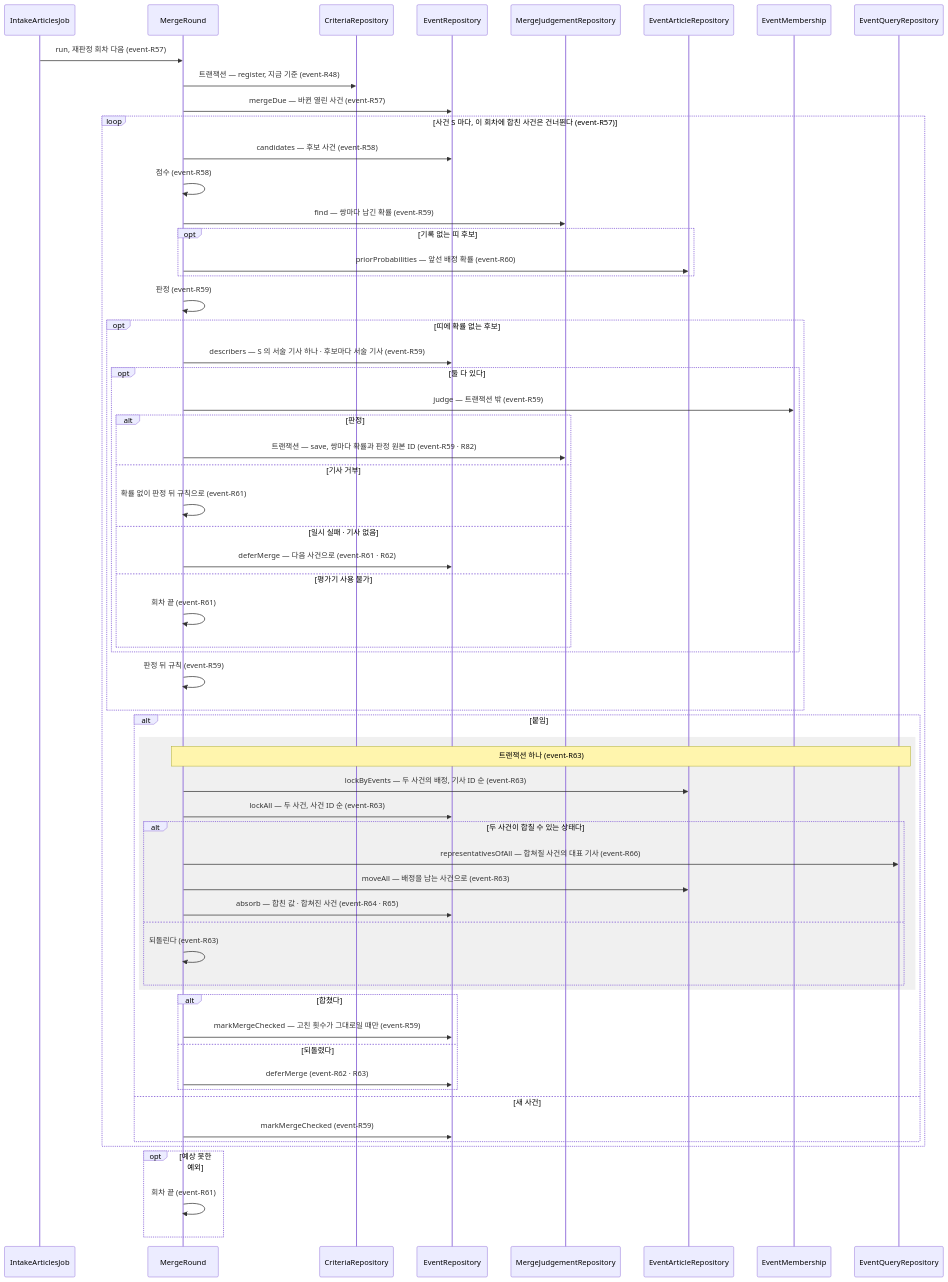
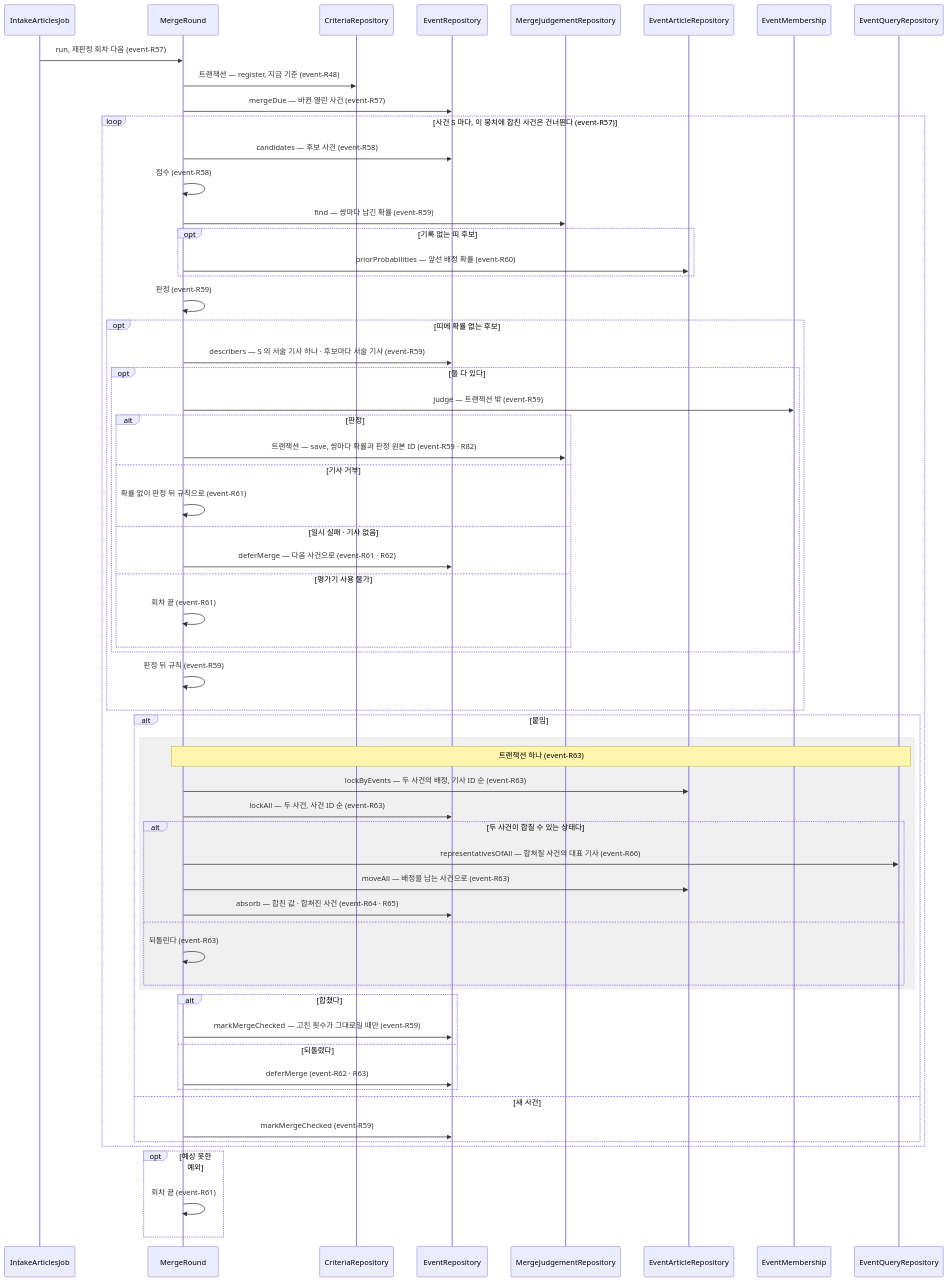
The fourth of 6 diagrams in docs/specs/event.md (Theia0382/yozm-news), drawn with Mermaid before and after one commit. The commit also changed other lines of this file and 21 other files, not shown here.

````diff
--- a/docs/specs/event.md
+++ b/docs/specs/event.md
@@ -535,64 +551,64 @@
 ```mermaid
 sequenceDiagram
     participant J as IntakeArticlesJob
     participant R as MergeRound
     participant C as CriteriaRepository
     participant V as EventRepository
     participant G as MergeJudgementRepository
     participant B as EventArticleRepository
     participant M as EventMembership
     participant Y as EventQueryRepository
 
     J->>R: run, 재판정 회차 다음 (event-R57)
     R->>C: 트랜잭션 — register, 지금 기준 (event-R48)
     R->>V: mergeDue — 바뀐 열린 사건 (event-R57)
-    loop 사건 S 마다, 이 회차에 합친 사건은 건너뛴다 (event-R57)
+    loop 사건 S 마다, 이 뭉치에 합친 사건은 건너뛴다 (event-R57)
         R->>V: candidates — 후보 사건 (event-R58)
         R->>R: 점수 (event-R58)
         R->>G: find — 쌍마다 남긴 확률 (event-R59)
         opt 기록 없는 띠 후보
             R->>B: priorProbabilities — 앞선 배정 확률 (event-R60)
         end
         R->>R: 판정 (event-R59)
         opt 띠에 확률 없는 후보
             R->>V: describers — S 의 서술 기사 하나 · 후보마다 서술 기사 (event-R59)
             opt 둘 다 있다
                 R->>M: judge — 트랜잭션 밖 (event-R59)
                 alt 판정
                     R->>G: 트랜잭션 — save, 쌍마다 확률과 판정 원본 ID (event-R59 · R82)
                 else 기사 거부
                     R->>R: 확률 없이 판정 뒤 규칙으로 (event-R61)
                 else 일시 실패 · 기사 없음
                     R->>V: deferMerge — 다음 사건으로 (event-R61 · R62)
                 else 평가기 사용 불가
                     R->>R: 회차 끝 (event-R61)
                 end
             end
             R->>R: 판정 뒤 규칙 (event-R59)
         end
         alt 붙임
             rect rgba(128, 128, 128, 0.12)
             Note over R,Y: 트랜잭션 하나 (event-R63)
             R->>B: lockByEvents — 두 사건의 배정, 기사 ID 순 (event-R63)
             R->>V: lockAll — 두 사건, 사건 ID 순 (event-R63)
             alt 두 사건이 합칠 수 있는 상태다
                 R->>Y: representativesOfAll — 합쳐질 사건의 대표 기사 (event-R66)
                 R->>B: moveAll — 배정을 남는 사건으로 (event-R63)
                 R->>V: absorb — 합친 값 · 합쳐진 사건 (event-R64 · R65)
             else
                 R->>R: 되돌린다 (event-R63)
             end
             end
             alt 합쳤다
                 R->>V: markMergeChecked — 고친 횟수가 그대로일 때만 (event-R59)
             else 되돌렸다
                 R->>V: deferMerge (event-R62 · R63)
             end
         else 새 사건
             R->>V: markMergeChecked (event-R59)
         end
     end
     opt 예상 못한 예외
         R->>R: 회차 끝 (event-R61)
     end
 ```
````
